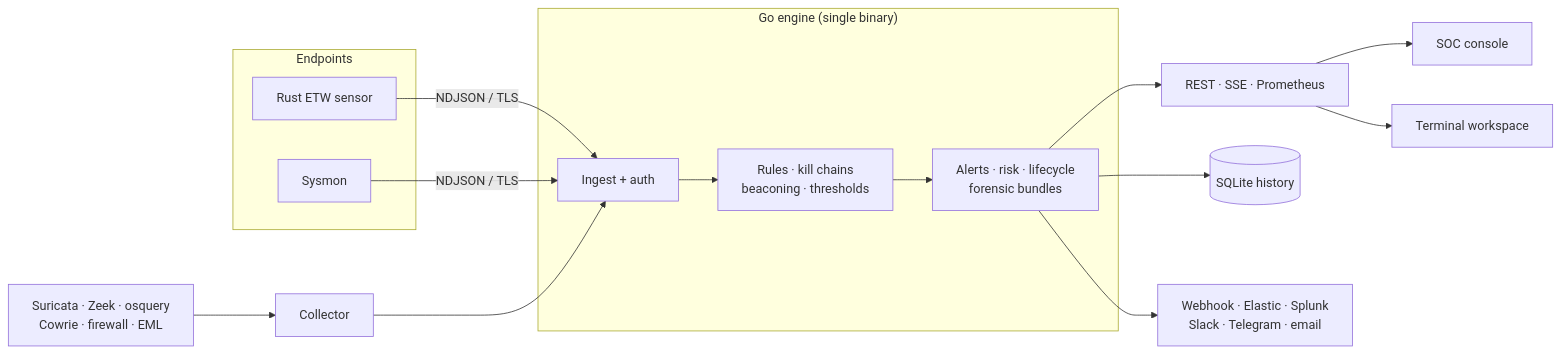
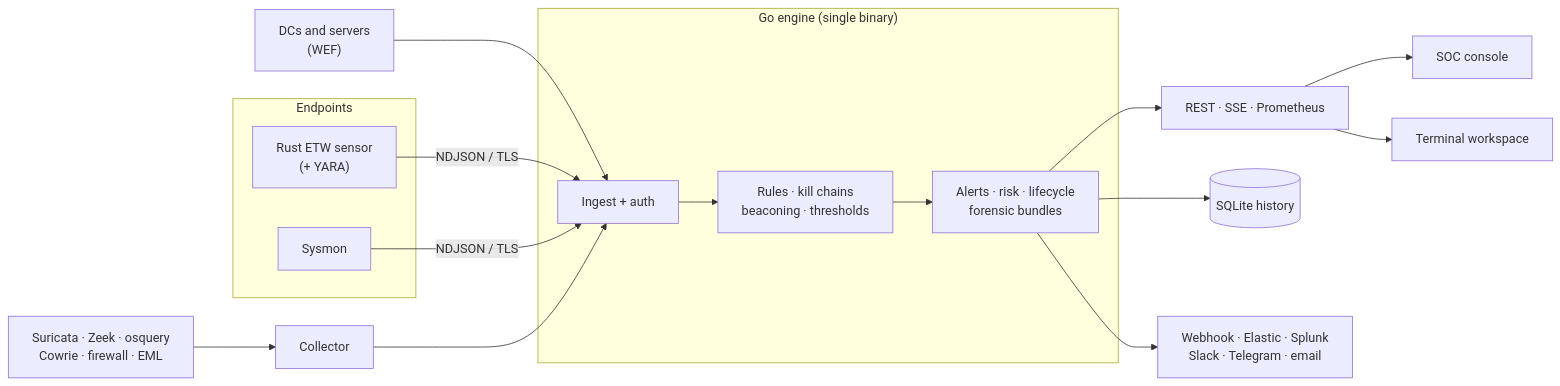
The diagram in README.md (Ruby570bocadito/bluetardigrade), drawn with Mermaid before and after one commit. The commit also changed other lines of this file and 45 other files, not shown here.

````diff
--- a/README.md
+++ b/README.md
@@ -326,20 +438,21 @@
 ```mermaid
 flowchart LR
     subgraph Endpoints
-      E["Rust ETW sensor"]
+      E["Rust ETW sensor<br/>(+ YARA)"]
       S["Sysmon"]
     end
+    W["DCs and servers<br/>(WEF)"] --> I
     L["Suricata · Zeek · osquery<br/>Cowrie · firewall · EML"] --> C["Collector"]
     E -->|NDJSON / TLS| I
     S -->|NDJSON / TLS| I
     C --> I
     subgraph Engine["Go engine (single binary)"]
       I["Ingest + auth"] --> D["Rules · kill chains<br/>beaconing · thresholds"]
       D --> A["Alerts · risk · lifecycle<br/>forensic bundles"]
     end
     A --> API["REST · SSE · Prometheus"]
     A --> DB[("SQLite history")]
     A --> OUT["Webhook · Elastic · Splunk<br/>Slack · Telegram · email"]
     API --> UI["SOC console"]
     API --> T["Terminal workspace"]
 ```
````
